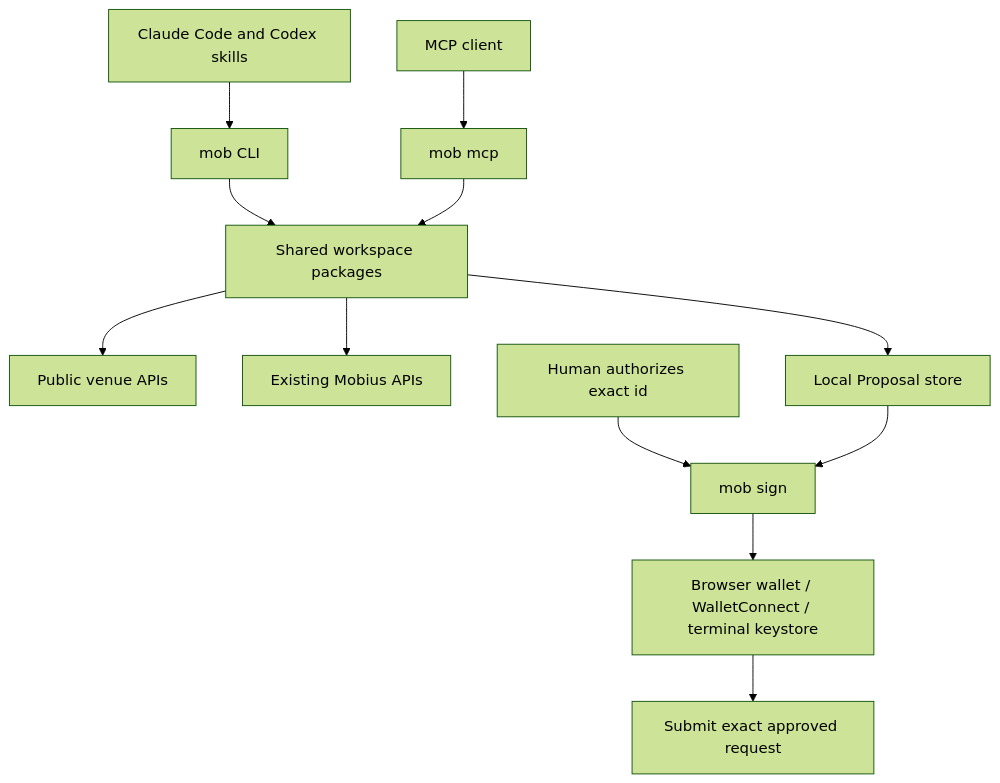
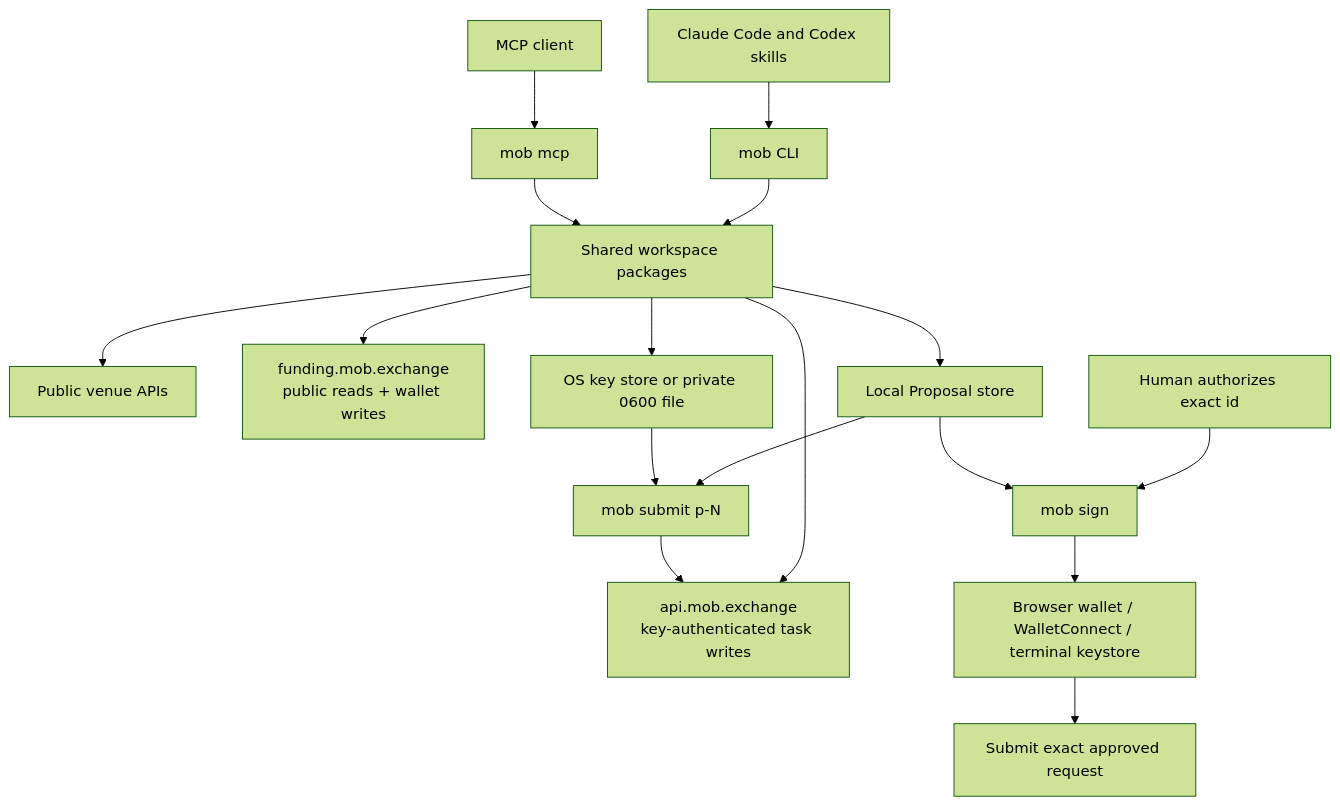
The diagram in docs/ARCHITECTURE.md (da-bao-jian/mstack), drawn with Mermaid (forest theme) before and after one commit. The commit also changed other lines of this file and 99 other files, not shown here.

Commit message:
feat(skills): session onboarding and API-key trading

````diff
--- a/docs/ARCHITECTURE.md
+++ b/docs/ARCHITECTURE.md
@@ -6,14 +7,19 @@
 ```mermaid
 flowchart TD
   Skills[Claude Code and Codex skills] --> CLI[mob CLI]
   MCP[MCP client] --> Stdio[mob mcp]
   CLI --> Core[Shared workspace packages]
   Stdio --> Core
   Core --> Venues[Public venue APIs]
-  Core --> Mobius[Existing Mobius APIs]
+  Core --> FundingServer[funding.mob.exchange<br/>public reads + wallet writes]
+  Core --> Strategy[api.mob.exchange<br/>key-authenticated task writes]
+  Core --> Keys[OS key store or private 0600 file]
   Core --> Proposal[Local Proposal store]
   Human[Human authorizes exact id] --> Sign[mob sign]
   Proposal --> Sign
   Sign --> Wallet[Browser wallet / WalletConnect / terminal keystore]
   Wallet --> Submit[Submit exact approved request]
+  Proposal --> ApiSubmit[mob submit p-N]
+  Keys --> ApiSubmit
+  ApiSubmit --> Strategy
 ```
````
